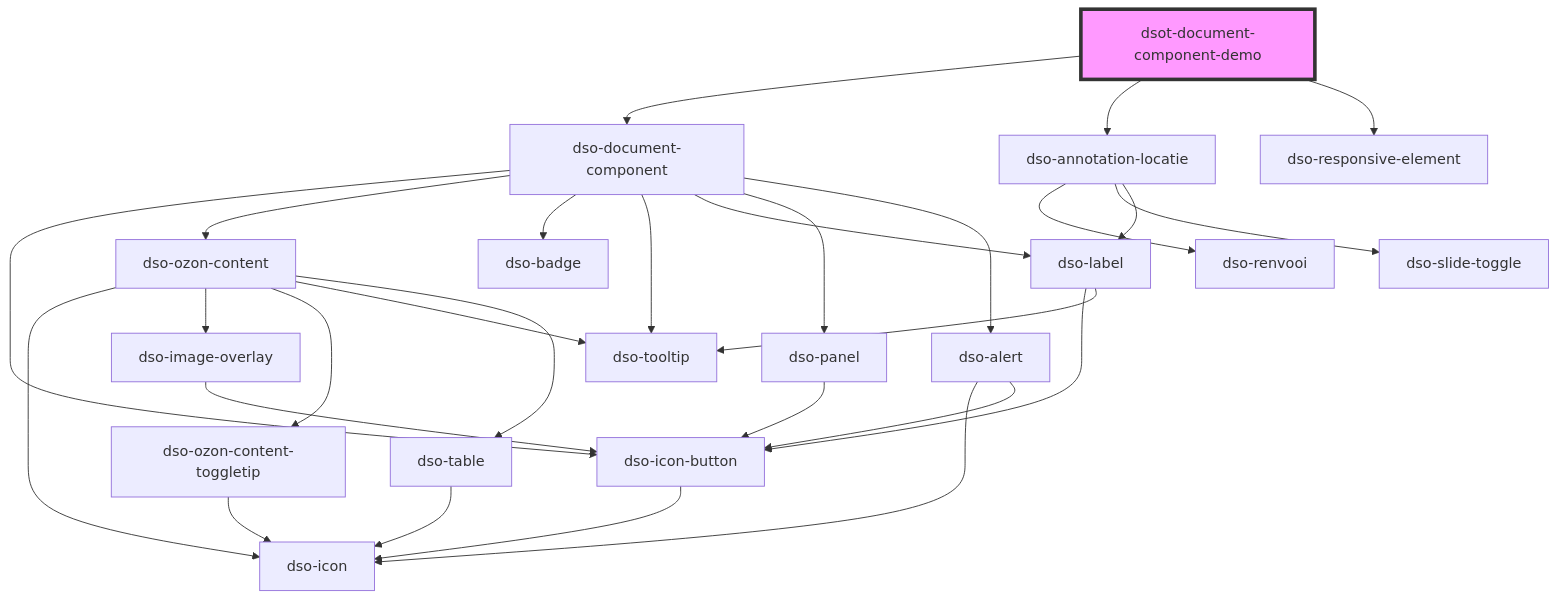
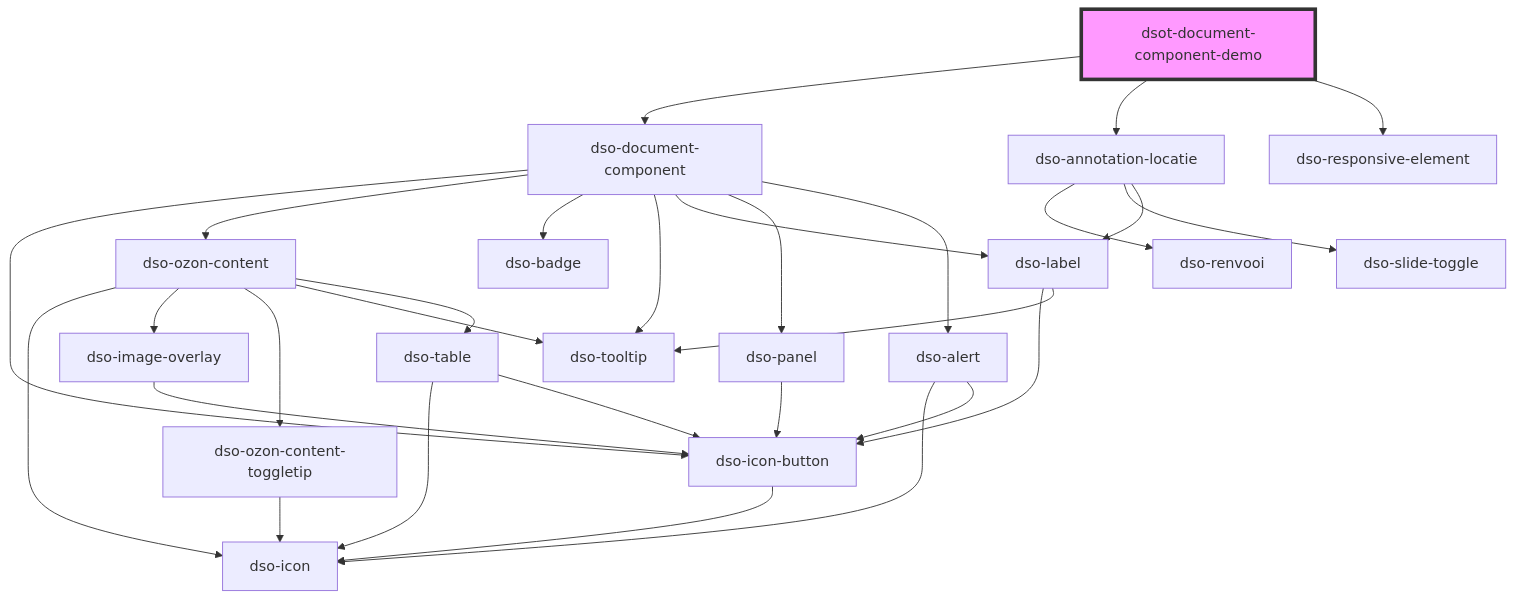
The diagram in packages/core/src/components/document-component-demo/readme.md (dso-toolkit/dso-toolkit), drawn with Mermaid before and after one commit. The commit also changed 8 other files, not shown here.

````diff
--- a/packages/core/src/components/document-component-demo/readme.md
+++ b/packages/core/src/components/document-component-demo/readme.md
@@ -37,31 +37,32 @@
 ```mermaid
 graph TD;
   dsot-document-component-demo --> dso-document-component
   dsot-document-component-demo --> dso-annotation-locatie
   dsot-document-component-demo --> dso-responsive-element
   dso-document-component --> dso-icon-button
   dso-document-component --> dso-ozon-content
   dso-document-component --> dso-badge
   dso-document-component --> dso-tooltip
   dso-document-component --> dso-label
   dso-document-component --> dso-panel
   dso-document-component --> dso-alert
   dso-icon-button --> dso-icon
   dso-ozon-content --> dso-icon
   dso-ozon-content --> dso-image-overlay
   dso-ozon-content --> dso-ozon-content-toggletip
   dso-ozon-content --> dso-tooltip
   dso-ozon-content --> dso-table
   dso-image-overlay --> dso-icon-button
   dso-ozon-content-toggletip --> dso-icon
   dso-table --> dso-icon
+  dso-table --> dso-icon-button
   dso-label --> dso-icon-button
   dso-label --> dso-tooltip
   dso-panel --> dso-icon-button
   dso-alert --> dso-icon
   dso-alert --> dso-icon-button
   dso-annotation-locatie --> dso-renvooi
   dso-annotation-locatie --> dso-slide-toggle
   dso-annotation-locatie --> dso-label
   style dsot-document-component-demo fill:#f9f,stroke:#333,stroke-width:4px
 ```
````
